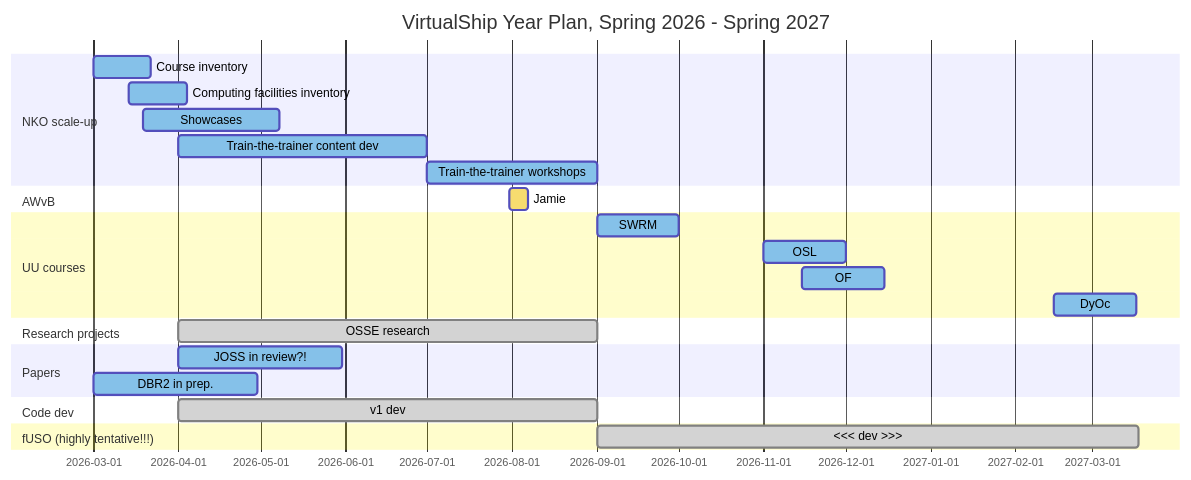
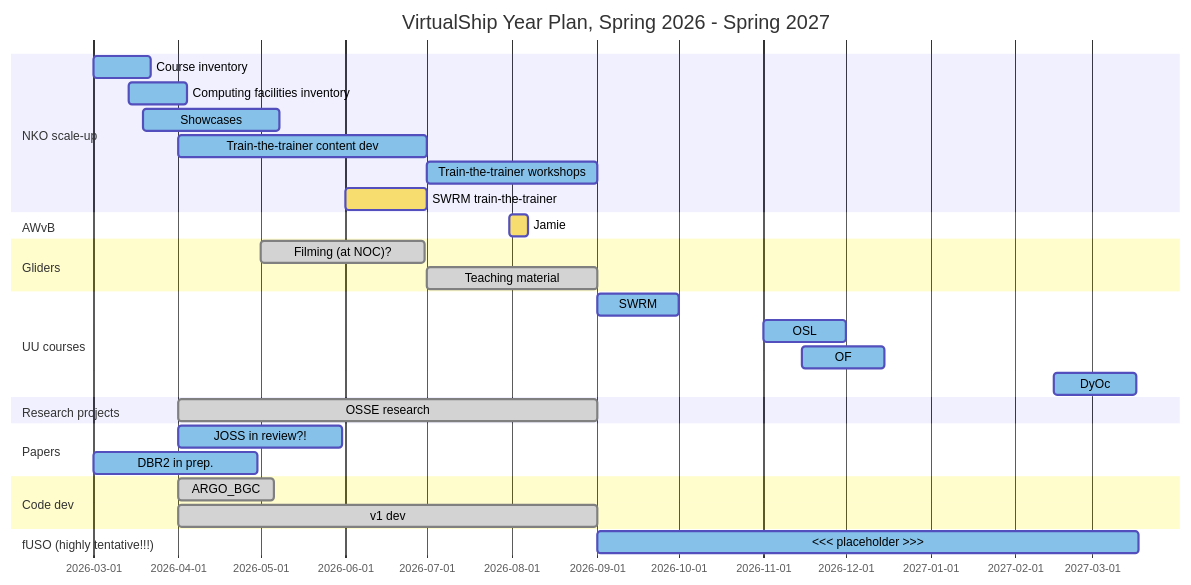
Before and after one commit to Parcels-code/virtualship: the diagram in docs/user-guide/developer-content/gantt_2026-27.md, drawn with Mermaid.

Commit message:
further additions

````diff
--- a/docs/user-guide/developer-content/gantt_2026-27.md
+++ b/docs/user-guide/developer-content/gantt_2026-27.md
@@ -1,47 +1,53 @@
 ```mermaid
 ---
 config:
   theme: default
 ---
 %%{init: { 'themeVariables': {
     'doneTaskBkgColor': '#d3d3d3',
     'activeTaskBkgColor': '#85C1E9',
     'taskBkgColor': '#F7DC6F',
     'critBorderColor': '#ff0000'
 }}}%%
 gantt
     title VirtualShip Year Plan, Spring 2026 - Spring 2027
     dateFormat  YYYY-MM-DD
     tickInterval 1month
     weekday monday
 
     section NKO scale-up
     Course inventory    :active, 2026-03-01, 21d
     Computing facilities inventory :active, 2026-03-14, 21d
     Showcases           :active, 2026-03-19, 50d
     Train-the-trainer content dev   :active, 2026-04-01, 91d
     Train-the-trainer workshops :active, 2026-07-01, 62d
+    SWRM train-the-trainer :future, 2026-06-01, 30d
 
     section AWvB
     Jamie :, 2026-07-31, 7d
+
+    section Gliders
+    Filming (at NOC)? :done, 2026-05-01, 60d
+    Teaching material :done, 2026-07-01, 62d
 
     section UU courses
     SWRM :active, 2026-09-01, 30d
     OSL :active, 2026-11-01, 30d
     OF  :active, 2026-11-15, 30d
     DyOc :active, 2027-02-15, 30d
 
     section Research projects
     OSSE research :done, 2026-04-01, 153d
 
     section Papers
     JOSS in review?! :active, 2026-04-01, 60d
     DBR2 in prep. :active, 2026-03-01, 60d
 
     section Code dev
+    ARGO_BGC :done, 2026-04-01, 35d
     v1 dev       :done, 2026-04-01, 153d
 
     section fUSO (highly tentative!!!)
-    <<< dev >>> :done, 2026-09-01, 198d
+    <<< placeholder >>> :active, 2026-09-01, 198d
 
 ```
````
